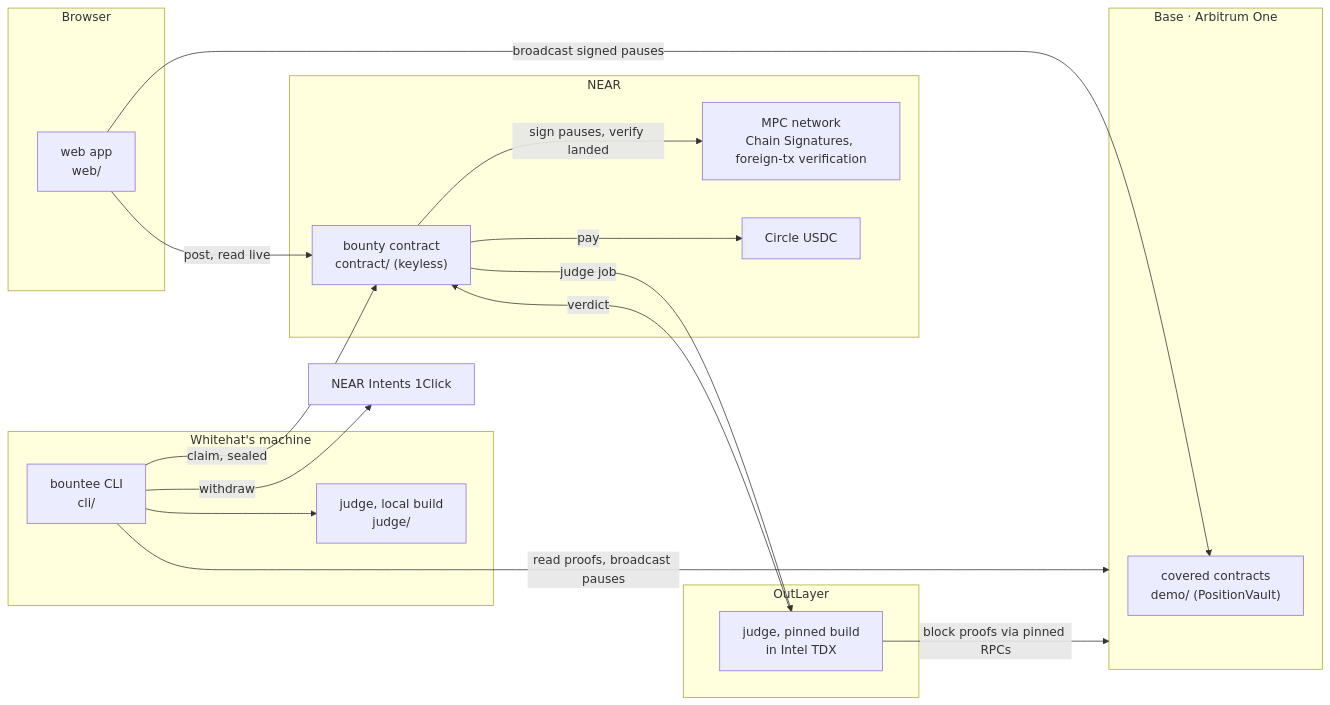
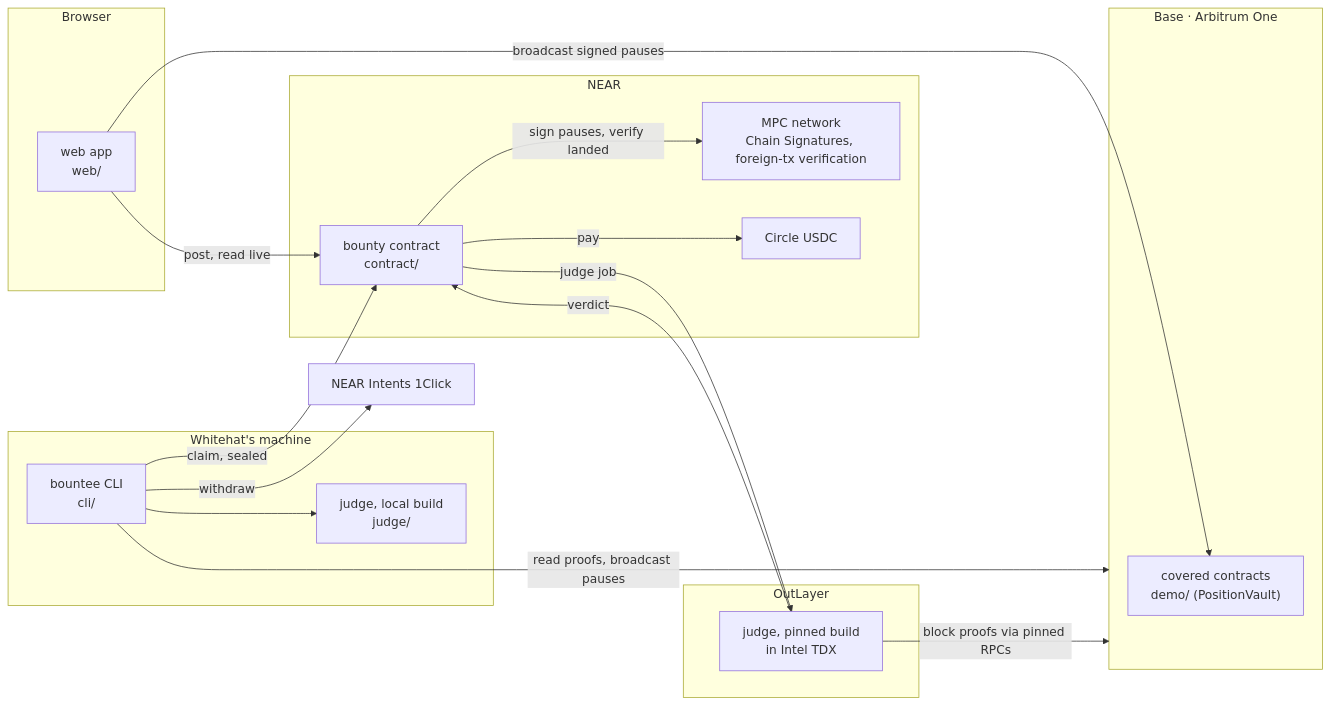
One commit to Vasqq/BounTEE changed the second of 2 diagrams in README.md. Above: the diagram before and after it, drawn with Mermaid. The commit also changed other lines of this file, not shown here.

First line of the commit message:
docs(readme): say the contract is keyless once, where it's proven

````diff
--- a/README.md
+++ b/README.md
@@ -401,34 +401,34 @@
 ```mermaid
 flowchart LR
     subgraph Local["Whitehat's machine"]
         CLI["bountee CLI<br/>cli/"]
         J1["judge, local build<br/>judge/"]
         CLI --> J1
     end
     subgraph Browser
         WEB["web app<br/>web/"]
     end
     subgraph NEAR["NEAR"]
-        C["bounty contract<br/>contract/ (keyless)"]
+        C["bounty contract<br/>contract/"]
         MPC["MPC network<br/>Chain Signatures, foreign-tx verification"]
         USDC["Circle USDC"]
     end
     subgraph OL["OutLayer"]
         J2["judge, pinned build<br/>in Intel TDX"]
     end
     subgraph EVM["Base · Arbitrum One"]
         V["covered contracts<br/>demo/ (PositionVault)"]
     end
     INT["NEAR Intents 1Click"]
 
     CLI -- claim, sealed --> C
     WEB -- post, read live --> C
     C -- judge job --> J2
     J2 -- verdict --> C
     C -- sign pauses, verify landed --> MPC
     C -- pay --> USDC
     CLI -- read proofs, broadcast pauses --> EVM
     WEB -- broadcast signed pauses --> V
     J2 -- block proofs via pinned RPCs --> EVM
     CLI -- withdraw --> INT
 ```
````
